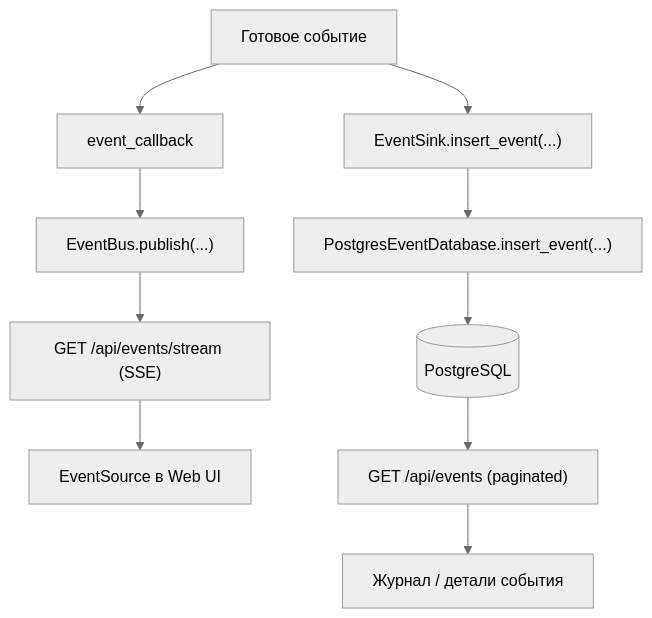
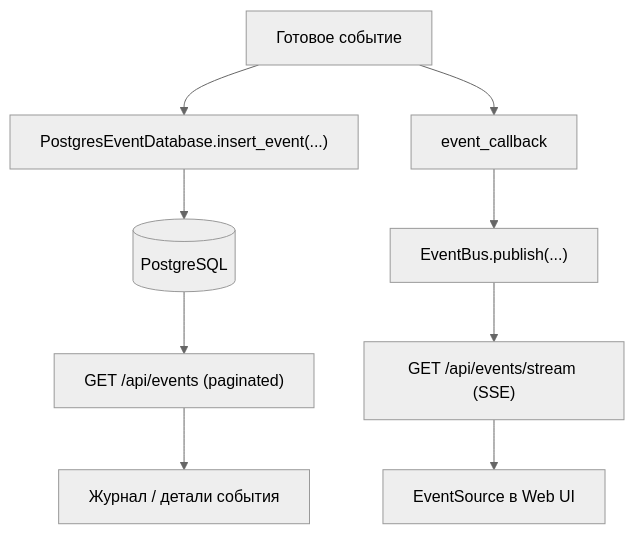
One commit to quick-1y/ANPR-System-web changed the fourth of 5 diagrams in docs/diagrams.md. Above: the diagram before and after it, drawn with Mermaid (neutral theme). The commit also changed other lines of this file and 4 other files, not shown here.

````diff
--- a/docs/diagrams.md
+++ b/docs/diagrams.md
@@ -153,14 +151,13 @@
 ```mermaid
 flowchart TD
-    A["Готовое событие"] --> B["EventSink.insert_event(...)"]
-    B --> D["PostgresEventDatabase.insert_event(...)"]
+    A["Готовое событие"] --> D["PostgresEventDatabase.insert_event(...)"]
     D --> PG[("PostgreSQL")]
 
     A --> I["event_callback"]
     I --> J["EventBus.publish(...)"]
     J --> K["GET /api/events/stream (SSE)"]
     K --> L["EventSource в Web UI"]
 
     PG --> M["GET /api/events (paginated)"]
     M --> N["Журнал / детали события"]
 ```
````
